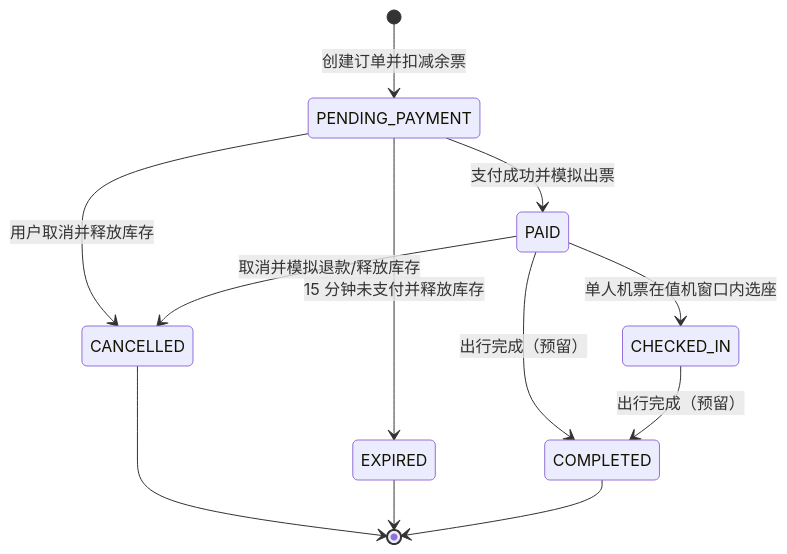
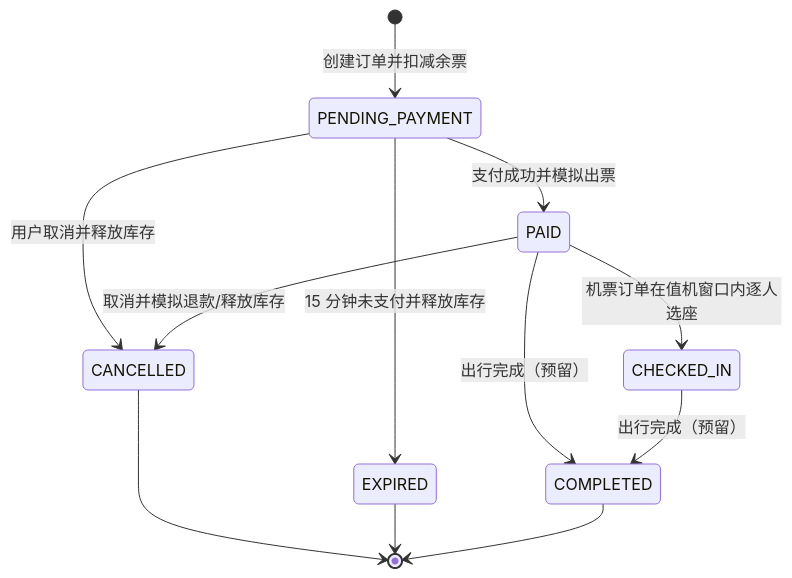
The seventh of 7 diagrams in docs/design.md (lonelyhty/hebut-xiecheng-se24), drawn with Mermaid before and after one commit. The commit also changed other lines of this file and 13 other files, not shown here.

````diff
--- a/docs/design.md
+++ b/docs/design.md
@@ -315,14 +315,14 @@
 ```mermaid
 stateDiagram-v2
   [*] --> PENDING_PAYMENT: 创建订单并扣减余票
   PENDING_PAYMENT --> PAID: 支付成功并模拟出票
   PENDING_PAYMENT --> CANCELLED: 用户取消并释放库存
   PENDING_PAYMENT --> EXPIRED: 15 分钟未支付并释放库存
-  PAID --> CHECKED_IN: 单人机票在值机窗口内选座
+  PAID --> CHECKED_IN: 机票订单在值机窗口内逐人选座
   PAID --> CANCELLED: 取消并模拟退款/释放库存
   PAID --> COMPLETED: 出行完成（预留）
   CHECKED_IN --> COMPLETED: 出行完成（预留）
   CANCELLED --> [*]
   EXPIRED --> [*]
   COMPLETED --> [*]
 ```
````
